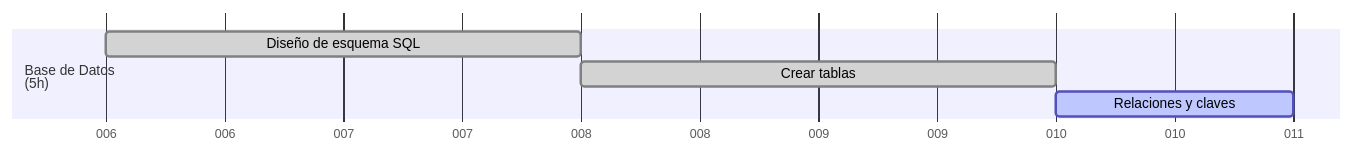
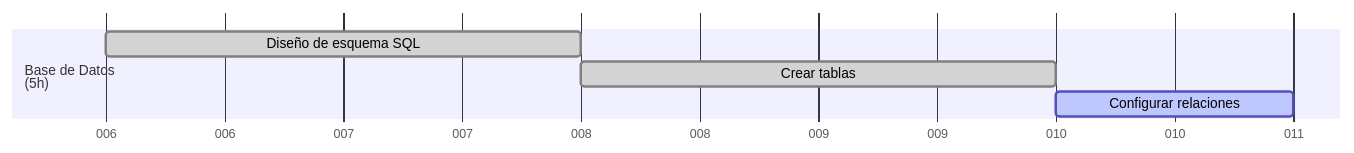
One commit to Covija97/badentracker changed the second of 9 diagrams in .md/roadmap.md. Above: the diagram before and after it, drawn with Mermaid. The commit also changed other lines of this file and 2 other files, not shown here.

````diff
--- a/.md/roadmap.md
+++ b/.md/roadmap.md
@@ -28,10 +28,10 @@
 ```mermaid
 gantt
     dateFormat  DDD
     axisFormat %j
 
     section Base de Datos<br>(5h)
     Diseño de esquema SQL       :done, 01-06, 2d
     Crear tablas                :done, 01-08, 2d
-    Relaciones y claves         :active, 01-10, 1d
+    Configurar relaciones        :active, 01-10, 1d
 ```
````
